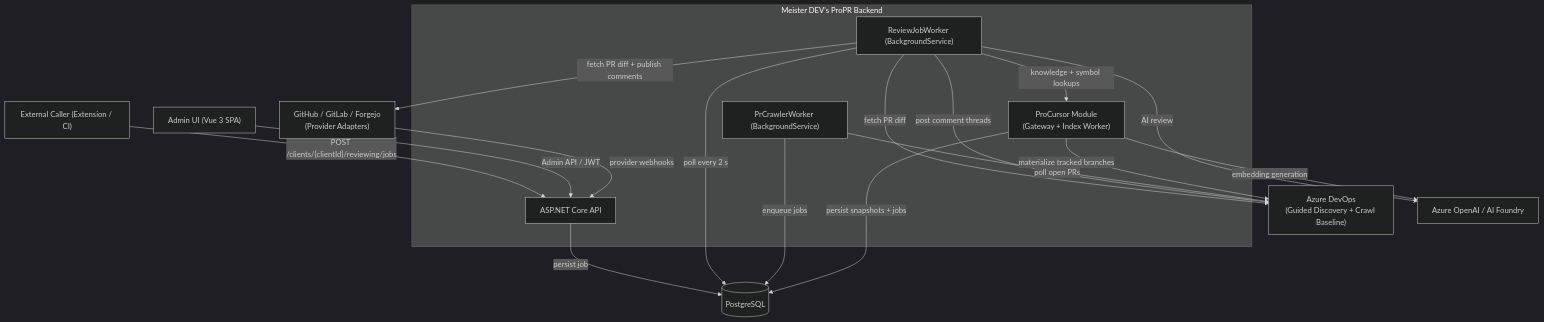
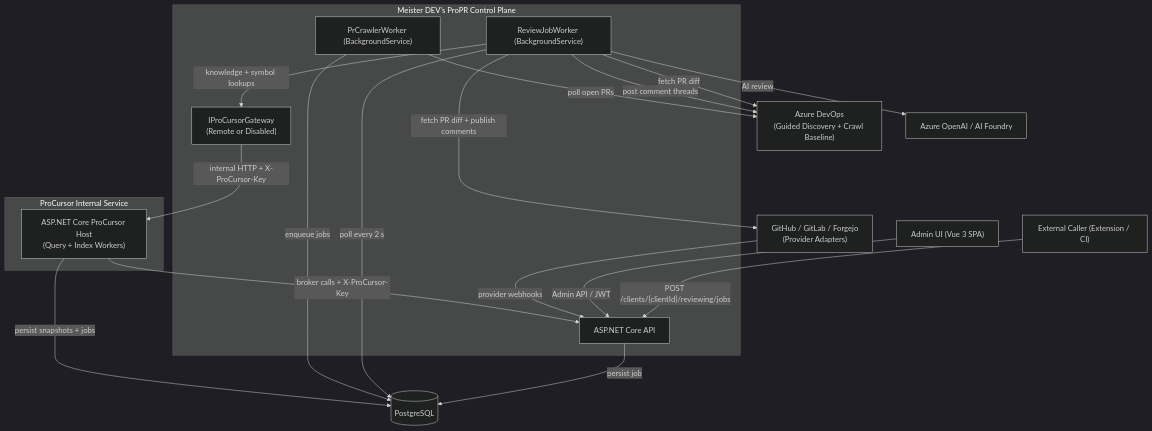
One commit to meister-dev-ai/propr changed the diagram in docs/architecture.md. Above: the diagram before and after it, drawn with Mermaid (dark theme). The commit also changed other lines of this file and 238 other files, not shown here.

Commit message:
Extracting ProCursor into own service

````diff
--- a/docs/architecture.md
+++ b/docs/architecture.md
@@ -32,32 +33,36 @@
 ```mermaid
 flowchart TD
     ADO["Azure DevOps\n(Guided Discovery + Crawl Baseline)"]
     SCM["GitHub / GitLab / Forgejo\n(Provider Adapters)"]
     AOAI["Azure OpenAI / AI Foundry"]
     EXT["External Caller (Extension / CI)"]
     PG[("PostgreSQL")]
     ADMINUI["Admin UI (Vue 3 SPA)"]
 
-    subgraph backend["Meister DEV's ProPR Backend"]
+    subgraph backend["Meister DEV's ProPR Control Plane"]
         API["ASP.NET Core API"]
         WORKER["ReviewJobWorker (BackgroundService)"]
         CRAWLER["PrCrawlerWorker (BackgroundService)"]
-        PROCURSOR["ProCursor Module\n(Gateway + Index Worker)"]
+        PROXY["IProCursorGateway\n(Remote or Disabled)"]
+    end
+
+    subgraph procursorHost["ProCursor Internal Service"]
+        PROCURSOR["ASP.NET Core ProCursor Host\n(Query + Index Workers)"]
     end
 
     EXT -- "POST /clients/{clientId}/reviewing/jobs" --> API
     ADMINUI -- "Admin API / JWT" --> API
     API -- "persist job" --> PG
     WORKER -- "poll every 2 s" --> PG
     WORKER -- "fetch PR diff" --> ADO
     WORKER -- "fetch PR diff + publish comments" --> SCM
     WORKER -- "AI review" --> AOAI
-    WORKER -- "knowledge + symbol lookups" --> PROCURSOR
+    WORKER -- "knowledge + symbol lookups" --> PROXY
     WORKER -- "post comment threads" --> ADO
     CRAWLER -- "poll open PRs" --> ADO
     CRAWLER -- "enqueue jobs" --> PG
     SCM -- "provider webhooks" --> API
+    PROXY -- "internal HTTP + X-ProCursor-Key" --> PROCURSOR
     PROCURSOR -- "persist snapshots + jobs" --> PG
-    PROCURSOR -- "materialize tracked branches" --> ADO
-    PROCURSOR -- "embedding generation" --> AOAI
+    PROCURSOR -- "broker calls + X-ProCursor-Key" --> API
 ```
````
